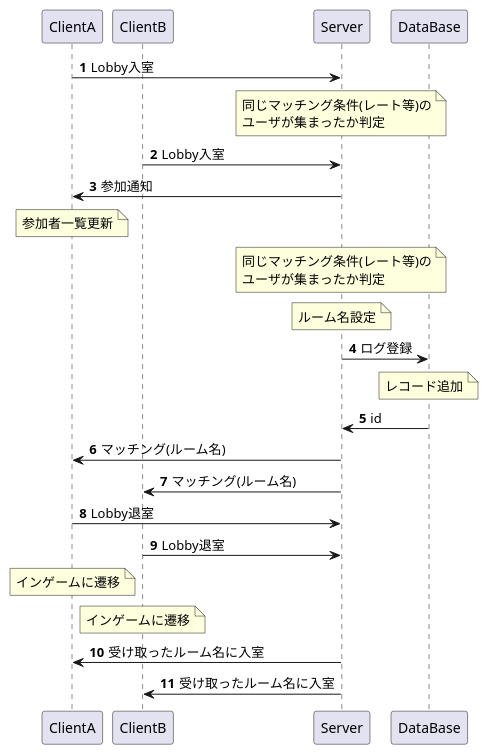
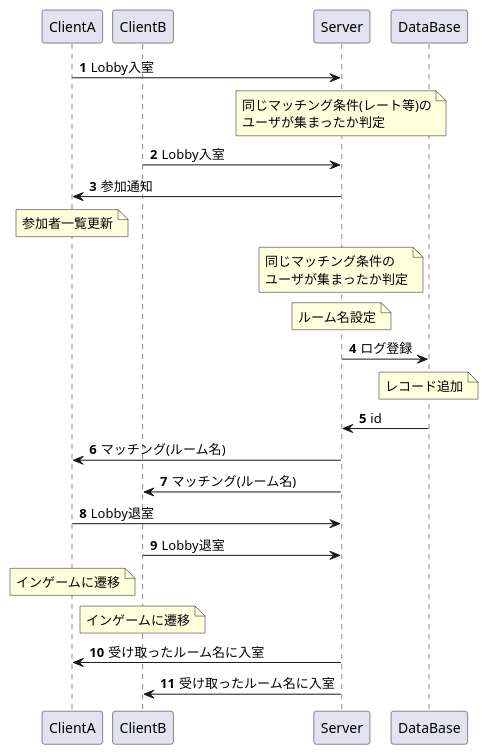
One commit to IG-Cultist/MyRepository changed the diagram in Document/Matching.puml. Above: the diagram before and after it, drawn with PlantUML. The commit also changed 107 other files, not shown here.

```diff
--- a/Document/Matching.puml
+++ b/Document/Matching.puml
@@ -1,56 +1,56 @@
 @startuml
 '自動マッチングシーケンス図
 
 participant ClientA
 participant ClientB
 participant Server
 participant DataBase
 autonumber
 
 ClientA -> Server : Lobby入室
 
 note over Server
 同じマッチング条件(レート等)の
 ユーザが集まったか判定
 end note
 
 ClientB -> Server : Lobby入室
 Server -> ClientA : 参加通知
 
 note over ClientA
 参加者一覧更新
 end note
 
 note over Server
-同じマッチング条件(レート等)の
+同じマッチング条件の
 ユーザが集まったか判定
 end note
 
 note over Server
 ルーム名設定
 end note
 
 Server -> DataBase : ログ登録
 
 note over DataBase
 レコード追加
 end note
 
 Server <- DataBase : id
 Server -> ClientA : マッチング(ルーム名)
 Server -> ClientB : マッチング(ルーム名)
 
 Server <- ClientA : Lobby退室
 Server <- ClientB : Lobby退室
 
 note over ClientA
 インゲームに遷移
 end note
 note over ClientB
 インゲームに遷移
 end note
 
 Server -> ClientA : 受け取ったルーム名に入室
 Server -> ClientB : 受け取ったルーム名に入室
 
 @enduml
```
